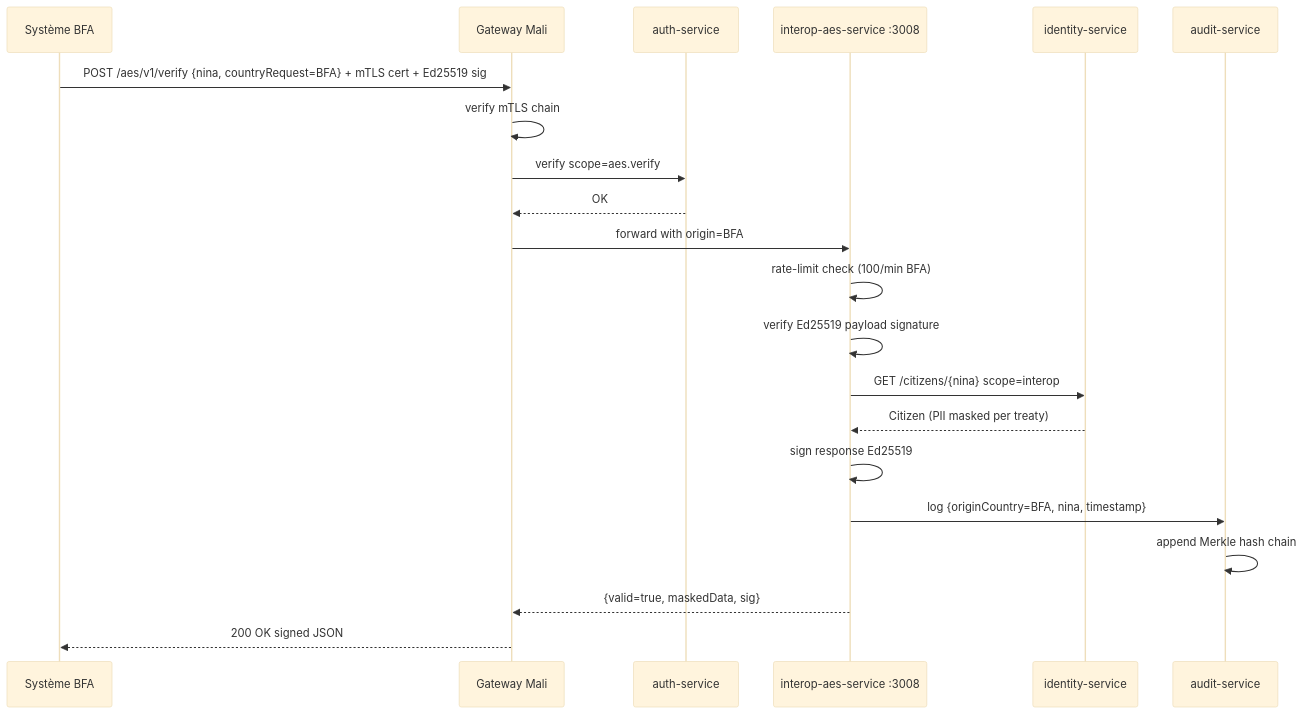
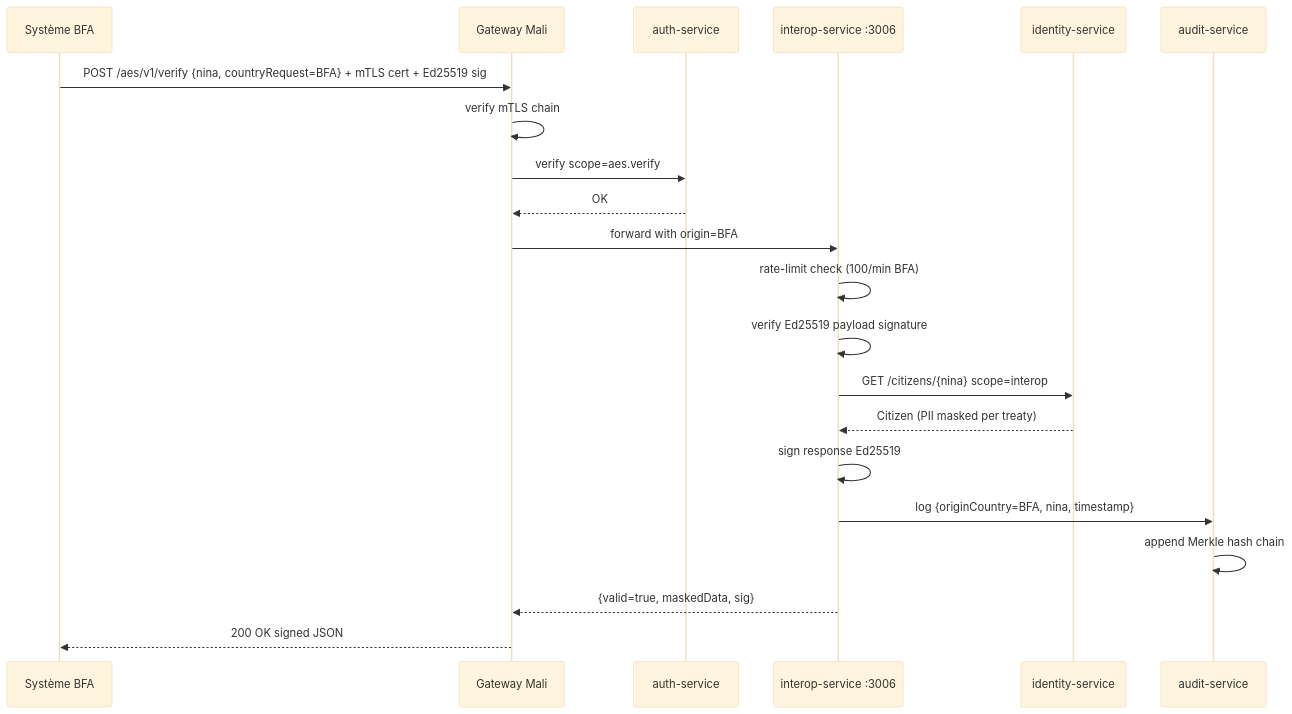
One commit to TheManInPink/Session-Ete-2026 changed diagram 28 of 40 in docs/diagrams/99-DIAGRAMMES-MERMAID.md. Above: the diagram before and after it, drawn with Mermaid (base theme). The commit also changed other lines of this file and 1 other file, not shown here.

First line of the commit message:
docs: redessiner le diagramme d architecture globale sur l inventaire réel (14 services)

````diff
--- a/docs/diagrams/99-DIAGRAMMES-MERMAID.md
+++ b/docs/diagrams/99-DIAGRAMMES-MERMAID.md
@@ -1272,24 +1281,24 @@
 ```mermaid
 sequenceDiagram
     participant SysBFA as Système BFA
     participant GwM as Gateway Mali
     participant Auth as auth-service
-    participant Interop as interop-aes-service :3008
+    participant Interop as interop-service :3006
     participant Iden as identity-service
     participant Aud as audit-service
 
     SysBFA->>GwM: POST /aes/v1/verify {nina, countryRequest=BFA} + mTLS cert + Ed25519 sig
     GwM->>GwM: verify mTLS chain
     GwM->>Auth: verify scope=aes.verify
     Auth-->>GwM: OK
     GwM->>Interop: forward with origin=BFA
     Interop->>Interop: rate-limit check (100/min BFA)
     Interop->>Interop: verify Ed25519 payload signature
     Interop->>Iden: GET /citizens/{nina} scope=interop
     Iden-->>Interop: Citizen (PII masked per treaty)
     Interop->>Interop: sign response Ed25519
     Interop->>Aud: log {originCountry=BFA, nina, timestamp}
     Aud->>Aud: append Merkle hash chain
     Interop-->>GwM: {valid=true, maskedData, sig}
     GwM-->>SysBFA: 200 OK signed JSON
 ```
````
